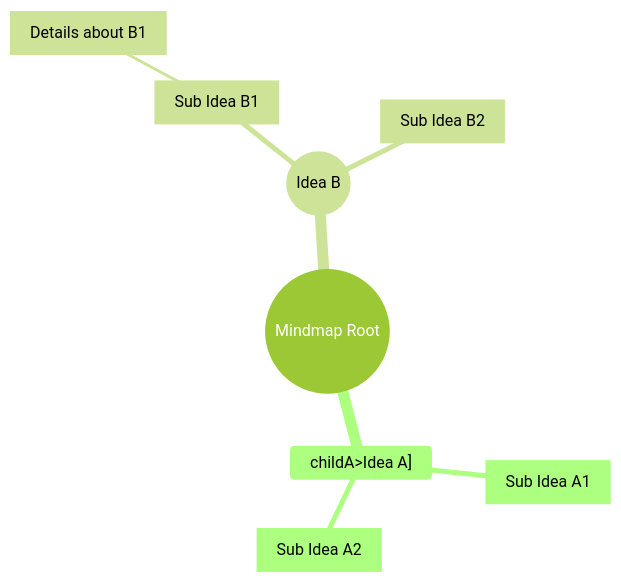
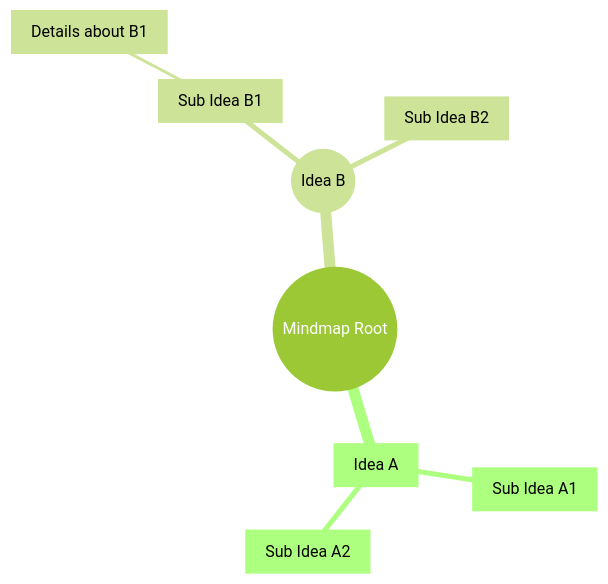
Before and after one commit to iain-b/backstage-test-entities: the diagram in docs/index.md, drawn with Mermaid (forest theme).

````diff
--- a/docs/index.md
+++ b/docs/index.md
@@ -4,11 +4,11 @@
 ```mermaid
 mindmap
   root((Mindmap Root))
-    childA>Idea A]
+    childA[Idea A]
       subchildA1[Sub Idea A1]
       subchildA2[Sub Idea A2]
     childB((Idea B))
       subchildB1[Sub Idea B1]
         subsubchildB1[Details about B1]
       subchildB2[Sub Idea B2]
 ```
````
